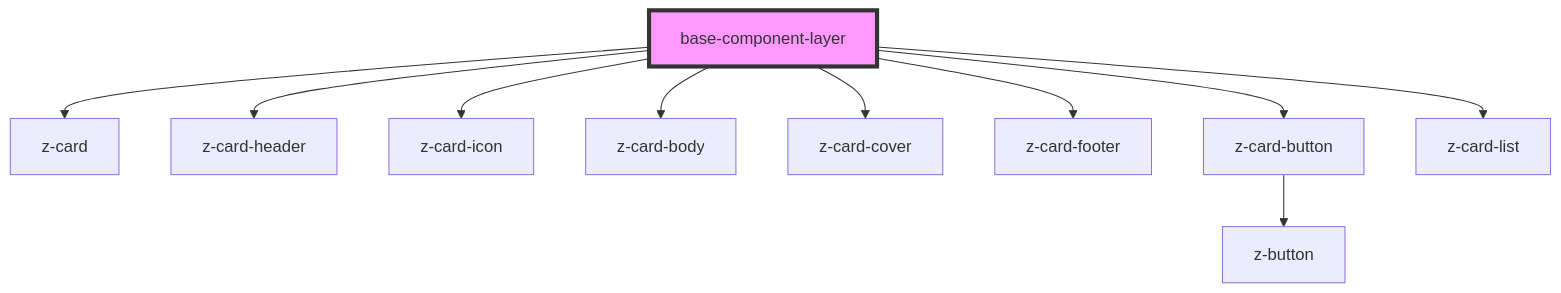
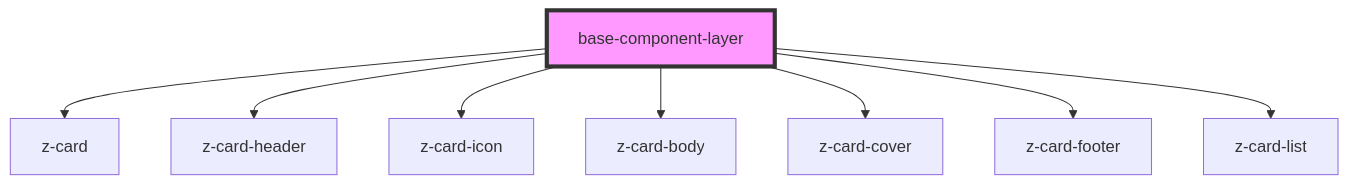
Before and after one commit to ZanichelliEditore/design-system: the diagram in web-components-library/src/components/baseComponentLayer/readme.md, drawn with Mermaid. The commit also changed other lines of this file and 16 other files, not shown here.

````diff
--- a/web-components-library/src/components/baseComponentLayer/readme.md
+++ b/web-components-library/src/components/baseComponentLayer/readme.md
@@ -29,13 +28,11 @@
 ```mermaid
 graph TD;
   base-component-layer --> z-card
   base-component-layer --> z-card-header
   base-component-layer --> z-card-icon
   base-component-layer --> z-card-body
   base-component-layer --> z-card-cover
   base-component-layer --> z-card-footer
-  base-component-layer --> z-card-button
   base-component-layer --> z-card-list
-  z-card-button --> z-button
   style base-component-layer fill:#f9f,stroke:#333,stroke-width:4px
 ```
````
